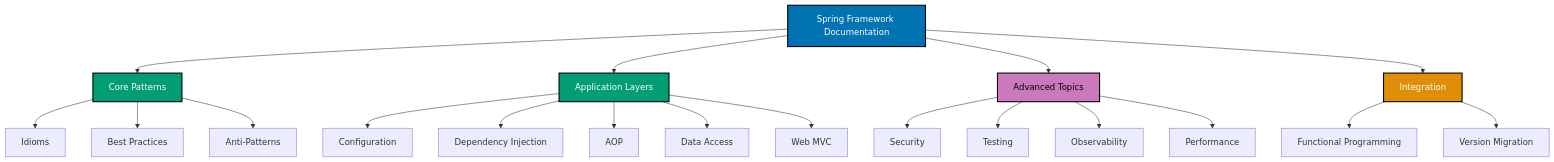
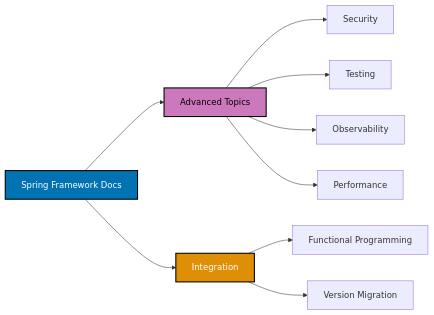
Before and after one commit to wahidyankf/open-sharia-enterprise: the third of 3 diagrams in docs/explanation/software-engineering/platform-web/tools/jvm-spring/README.md, drawn with Mermaid. The commit also changed other lines of this file and 22 other files, not shown here.

First line of the commit message:
fix(docs): fix mermaid violations in platform-web docs

````diff
--- a/docs/explanation/software-engineering/platform-web/tools/jvm-spring/README.md
+++ b/docs/explanation/software-engineering/platform-web/tools/jvm-spring/README.md
@@ -237,39 +266,24 @@
 ```mermaid
 %% Color Palette: Blue #0173B2, Orange #DE8F05, Teal #029E73, Purple #CC78BC
 %% All colors are color-blind friendly and meet WCAG AA contrast standards
 
-flowchart TD
-    A["Spring Framework Documentation"]:::blue
-    B["Core Patterns"]:::teal
-    C["Application Layers"]:::teal
+flowchart LR
+    A["Spring Framework Docs"]:::blue
     D["Advanced Topics"]:::purple
     E["Integration"]:::orange
 
-    A --> B
-    A --> C
     A --> D
     A --> E
-
-    B --> B1["Idioms"]
-    B --> B2["Best Practices"]
-    B --> B3["Anti-Patterns"]
-
-    C --> C1["Configuration"]
-    C --> C2["Dependency Injection"]
-    C --> C3["AOP"]
-    C --> C4["Data Access"]
-    C --> C5["Web MVC"]
 
     D --> D1["Security"]
     D --> D2["Testing"]
     D --> D3["Observability"]
     D --> D4["Performance"]
 
     E --> E1["Functional Programming"]
     E --> E2["Version Migration"]
 
     classDef blue fill:#0173B2,stroke:#000000,color:#FFFFFF,stroke-width:2px
     classDef orange fill:#DE8F05,stroke:#000000,color:#FFFFFF,stroke-width:2px
-    classDef teal fill:#029E73,stroke:#000000,color:#FFFFFF,stroke-width:2px
     classDef purple fill:#CC78BC,stroke:#000000,color:#000000,stroke-width:2px
 ```
````
